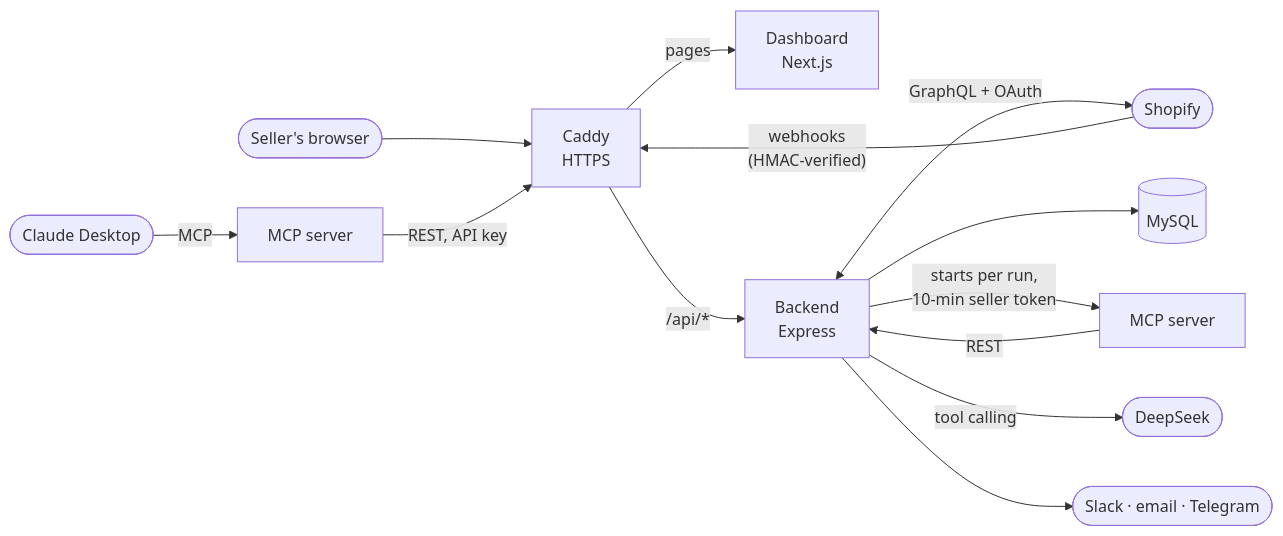
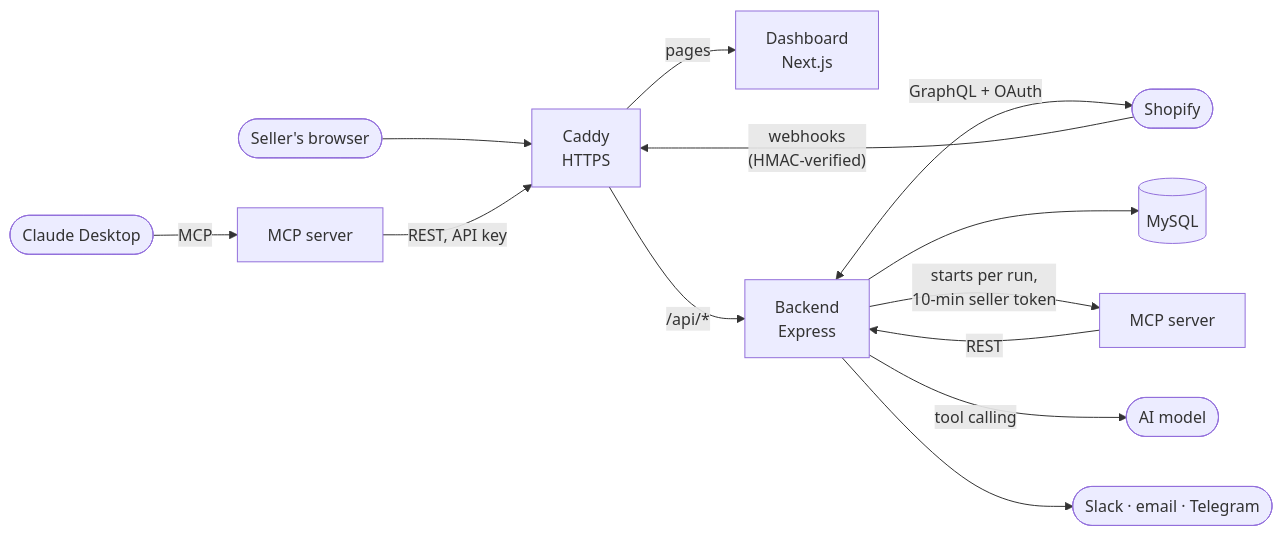
The diagram in README.md (YangKaiZZ/ai-ops-command-center), drawn with Mermaid before and after one commit. The commit also changed other lines of this file and 29 other files, not shown here.

````diff
--- a/README.md
+++ b/README.md
@@ -109,14 +109,14 @@
 ```mermaid
 flowchart LR
   seller([Seller's browser]) --> caddy[Caddy<br/>HTTPS]
   caddy -- "pages" --> dash[Dashboard<br/>Next.js]
   caddy -- "/api/*" --> api[Backend<br/>Express]
   shopify([Shopify]) -- "webhooks<br/>(HMAC-verified)" --> caddy
   api <-- "GraphQL + OAuth" --> shopify
   api --> db[(MySQL)]
   api -- "starts per run,<br/>10-min seller token" --> mcp[MCP server]
   mcp -- "REST" --> api
-  api -- "tool calling" --> llm([DeepSeek])
+  api -- "tool calling" --> llm([AI model])
   api --> alerts([Slack · email · Telegram])
   claude([Claude Desktop]) -- "MCP" --> mcp2[MCP server] -- "REST, API key" --> caddy
 ```
````
